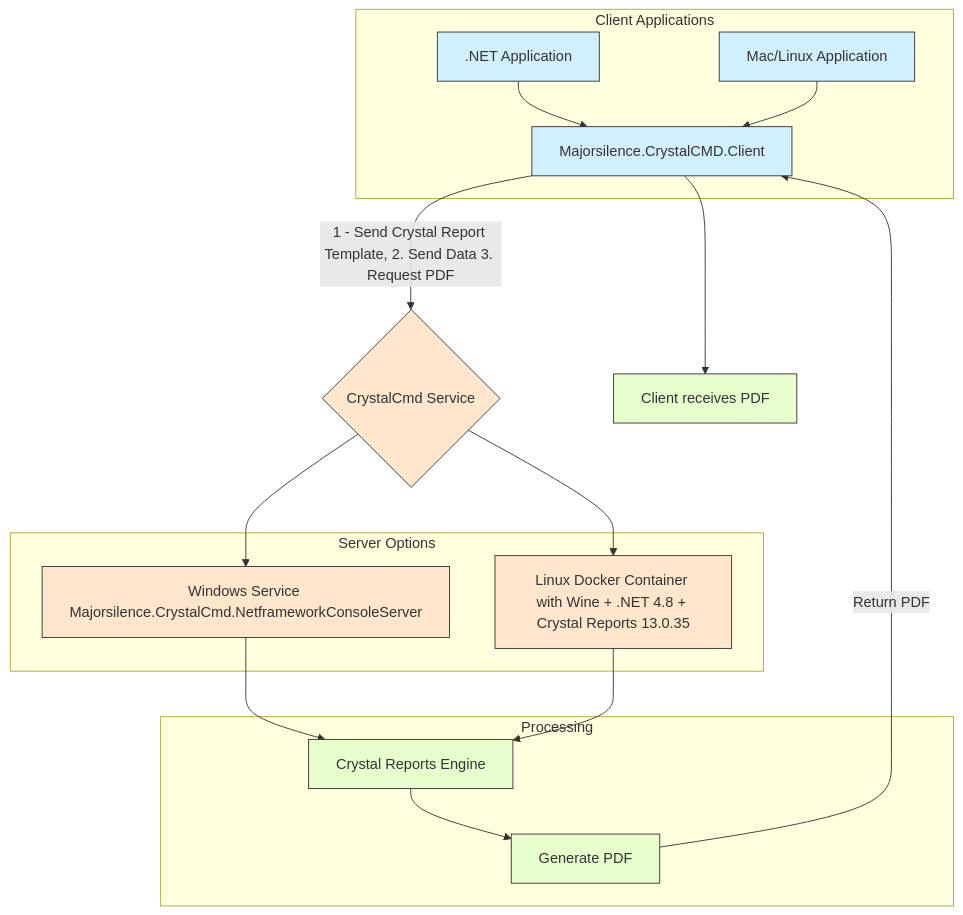
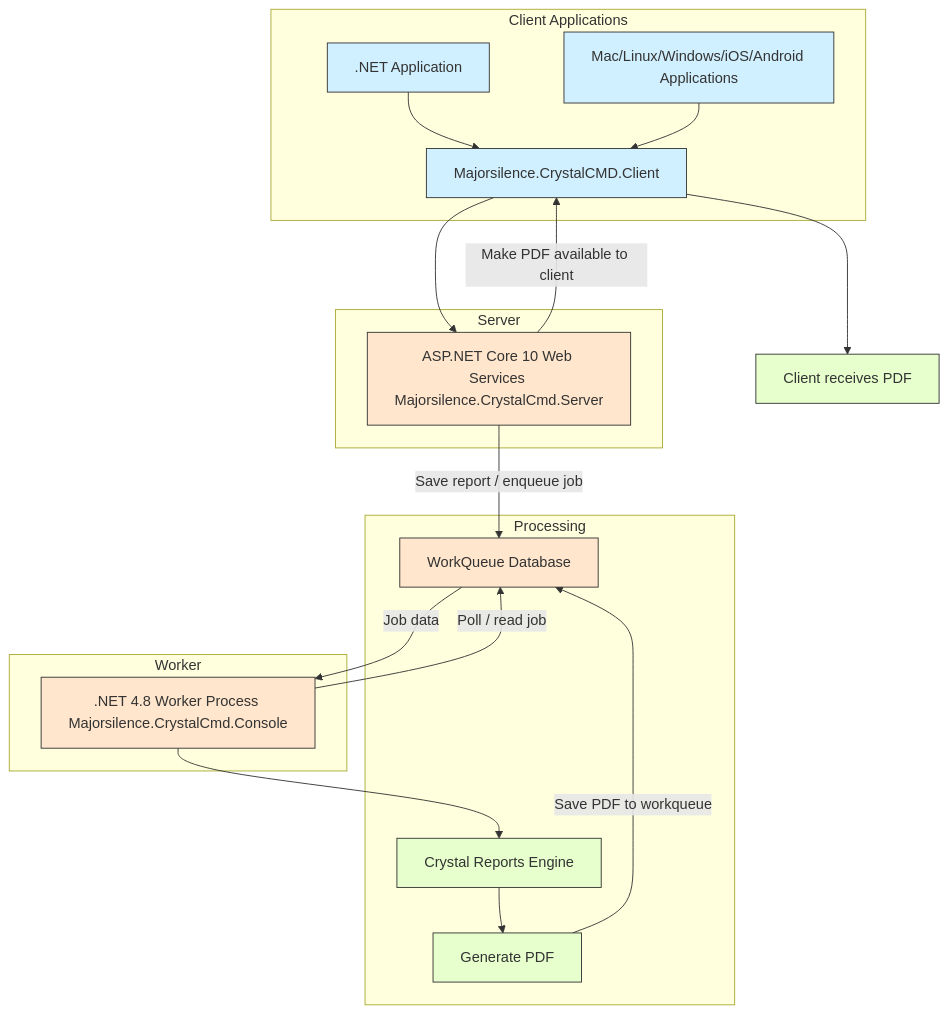
One commit to majorsilence/CrystalCmd changed the diagram in Readme.md. Above: the diagram before and after it, drawn with Mermaid. The commit also changed other lines of this file, not shown here.

Commit message:
Revise Readme.md for clarity and additional details
Updated the Readme.md to enhance clarity and structure, including additional information on usage, development workflow, and examples.

````diff
--- a/Readme.md
+++ b/Readme.md
@@ -81,33 +81,39 @@
 ```mermaid
 flowchart TD
     subgraph "Client Applications"
         A[".NET Application"] --> C["Majorsilence.CrystalCMD.Client"]
-        B["Mac/Linux Application"] --> C
+        B["Mac/Linux/Windows/iOS/Android Applications"] --> C
     end
 
-    subgraph "Server Options"
-        D["Windows Service Majorsilence.CrystalCmd.NetframeworkConsoleServer"]
-        E["Linux Docker Container with Wine + .NET 4.8 + Crystal Reports 13.0.35"]
+    subgraph "Server"
+        D["ASP.NET Core 10 Web Services Majorsilence.CrystalCmd.Server"]
     end
 
-    C --"1 - Send Crystal Report Template, 2. Send Data 3. Request PDF"--> F{CrystalCmd Service}
-    F --> D
-    F --> E
-    
+    subgraph "Worker"
+        E[".NET 4.8 Worker Process Majorsilence.CrystalCmd.Console"]
+    end
+
+    J["WorkQueue Database"]
+
+    C --> D
+    D -- "Save report / enqueue job" --> J
+    E -- "Poll / read job" --> J
+    J -- "Job data" --> E
+
     subgraph "Processing"
-        D --> G["Crystal Reports Engine"]
-        E --> G
+        E --> G["Crystal Reports Engine"]
         G --> H["Generate PDF"]
+        H -- "Save PDF to workqueue" --> J
     end
-    
-    H --"Return PDF"--> C
+
+    D -- "Make PDF available to client" --> C
     C --> I["Client receives PDF"]
-    
+
     classDef client fill:#d1f0ff,stroke:#333,stroke-width:1px
     classDef server fill:#ffe6cc,stroke:#333,stroke-width:1px
     classDef process fill:#e6ffcc,stroke:#333,stroke-width:1px
-    
+
     class A,B,C client
-    class D,E,F server
+    class D,E,J server
     class G,H,I process
 ```
````
